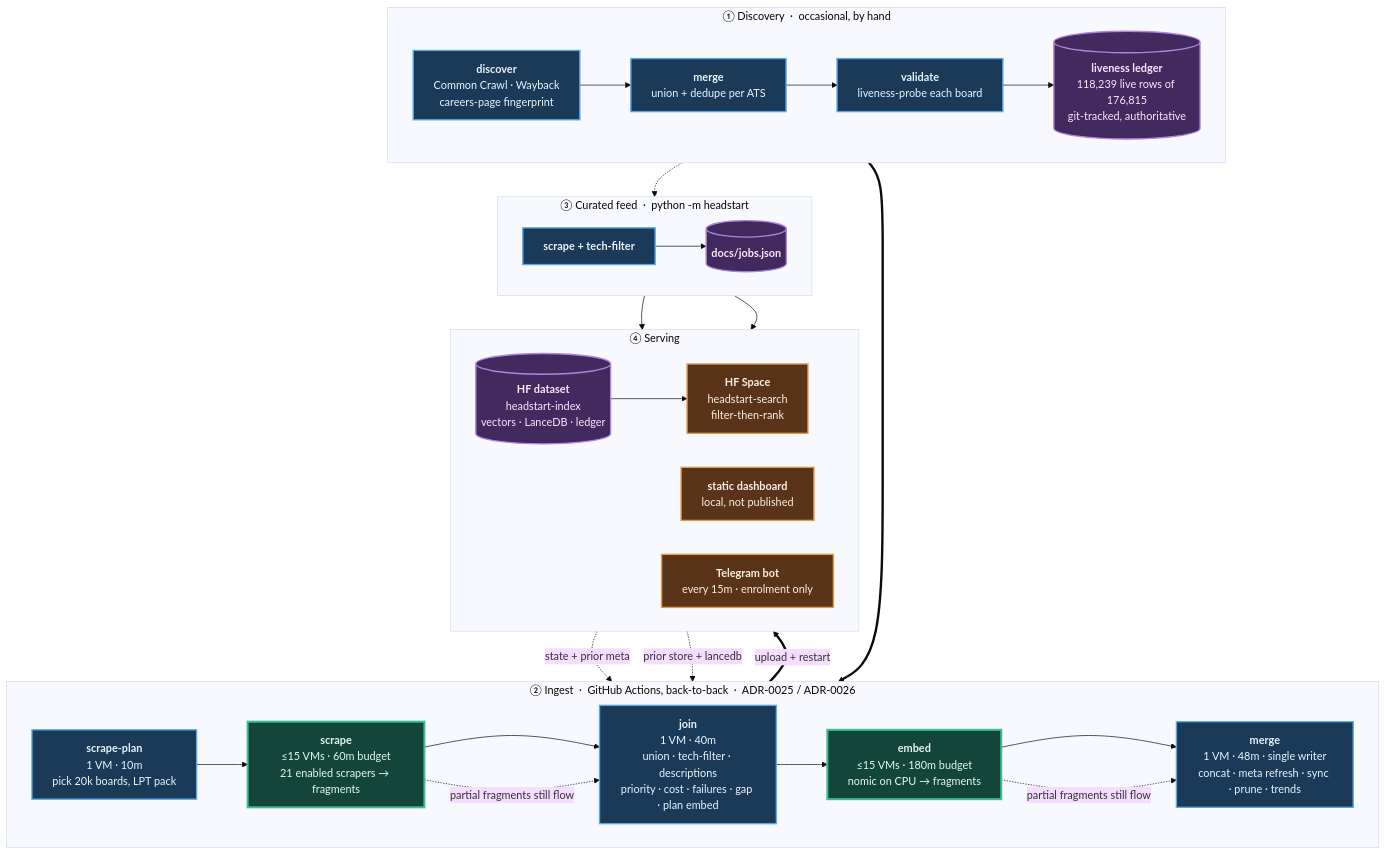
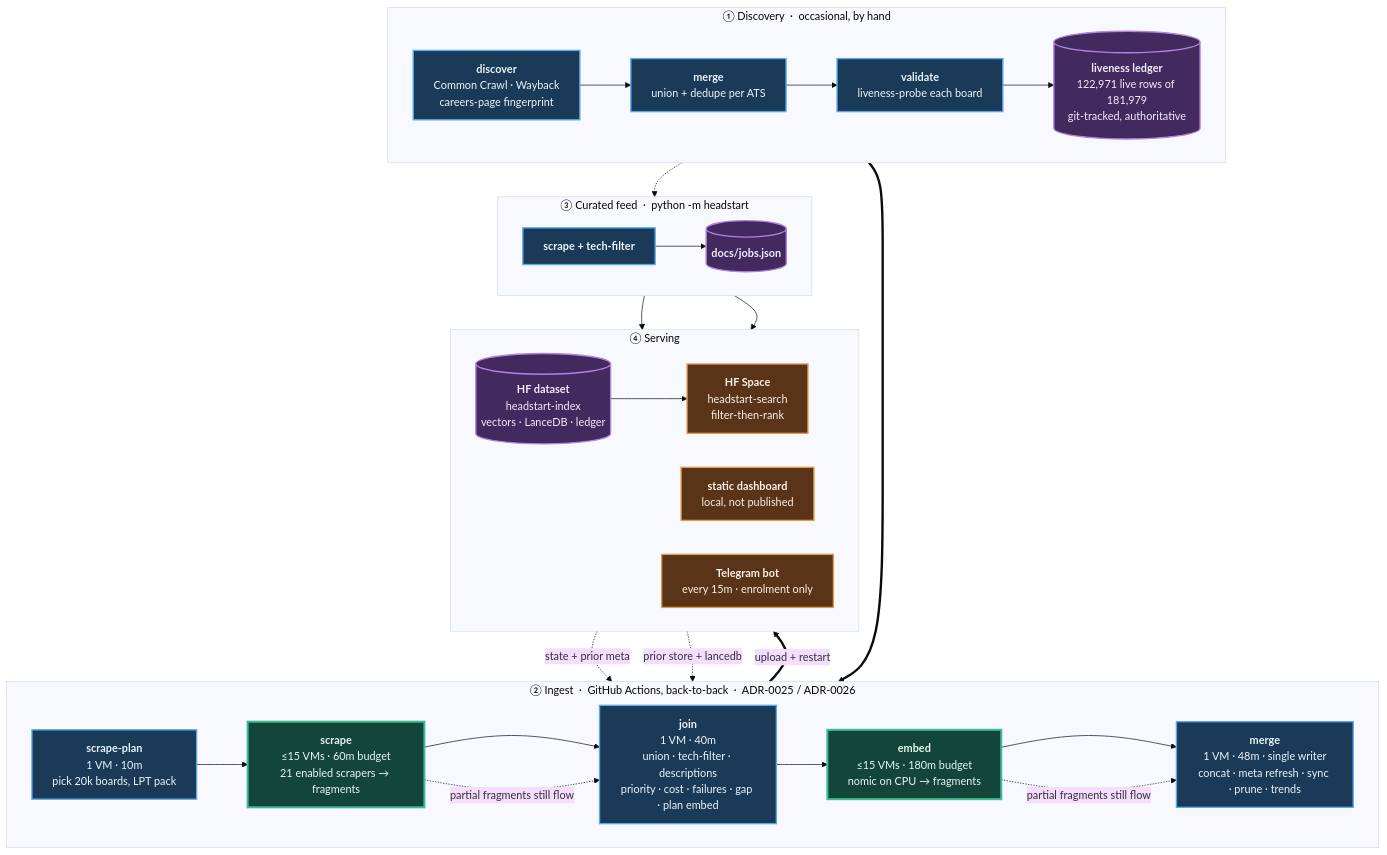
Before and after one commit to sarthakjain004/headstart: the diagram in README.md, drawn with Mermaid (base theme). The commit also changed other lines of this file and 31 other files, not shown here.

````diff
--- a/README.md
+++ b/README.md
@@ -84,56 +84,56 @@
 ```mermaid
 flowchart TB
     subgraph D["① Discovery &nbsp;·&nbsp; occasional, by hand"]
         direction LR
         D1["<b>discover</b><br/>Common Crawl · Wayback<br/>careers-page fingerprint"]
         D2["<b>merge</b><br/>union + dedupe per ATS"]
         D3["<b>validate</b><br/>liveness-probe each board"]
-        D4[("<b>liveness ledger</b><br/>118,239 live rows of 176,815<br/>git-tracked, authoritative")]
+        D4[("<b>liveness ledger</b><br/>122,971 live rows of 181,979<br/>git-tracked, authoritative")]
         D1 --> D2 --> D3 --> D4
     end
 
     subgraph P["② Ingest &nbsp;·&nbsp; GitHub Actions, back-to-back &nbsp;·&nbsp; ADR-0025 / ADR-0026"]
         direction LR
         P1["<b>scrape-plan</b><br/>1 VM · 10m<br/>pick 20k boards, LPT pack"]
         P2["<b>scrape</b><br/>≤15 VMs · 60m budget<br/>21 enabled scrapers → fragments"]
         P3["<b>join</b><br/>1 VM · 40m<br/>union · tech-filter · descriptions<br/>priority · cost · failures · gap · plan embed"]
         P4["<b>embed</b><br/>≤15 VMs · 180m budget<br/>nomic on CPU → fragments"]
         P5["<b>merge</b><br/>1 VM · 48m · single writer<br/>concat · meta refresh · sync · prune · trends"]
         P1 --> P2 --> P3 --> P4 --> P5
     end
 
     subgraph F["③ Curated feed &nbsp;·&nbsp; python -m headstart"]
         direction LR
         F1["<b>scrape + tech-filter</b>"]
         F2[("<b>docs/jobs.json</b>")]
         F1 --> F2
     end
 
     subgraph S["④ Serving"]
         direction LR
         S1[("<b>HF dataset</b><br/>headstart-index<br/>vectors · LanceDB · ledger")]
         S2["<b>HF Space</b><br/>headstart-search<br/>filter-then-rank"]
         S3["<b>static dashboard</b><br/>local, not published"]
         S4["<b>Telegram bot</b><br/>every 15m · enrolment only"]
         S1 --> S2
     end
 
     D4 ==> P1
     S1 -. "state + prior meta" .-> P1
     S1 -. "prior store + lancedb" .-> P5
     D4 -.-> F1
     P5 ==>|"upload + restart"| S1
     F2 --> S3
     F2 --> S4
     P2 -. "partial fragments still flow" .-> P3
     P4 -. "partial fragments still flow" .-> P5
 
     classDef serial fill:#1b3a57,stroke:#5aa9e6,stroke-width:2px,color:#eaf4fc
     classDef fan fill:#14453a,stroke:#3fbf8f,stroke-width:3px,color:#e4f7f0
     classDef store fill:#42295e,stroke:#b184dd,stroke-width:2px,color:#f4ecfc
     classDef serve fill:#5a3418,stroke:#e09a4f,stroke-width:2px,color:#fbf1e6
     class D1,D2,D3,P1,P3,P5,F1 serial
     class P2,P4 fan
     class D4,F2,S1 store
     class S2,S3,S4 serve
 ```
````
